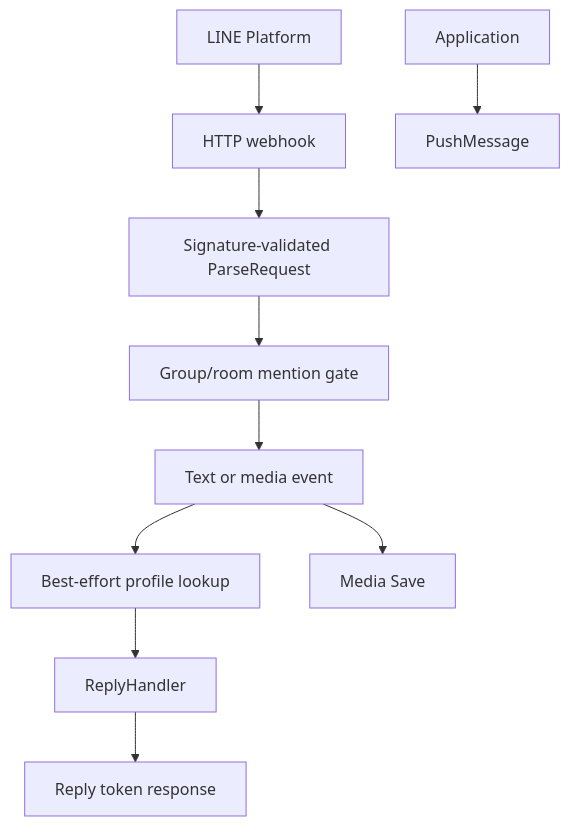
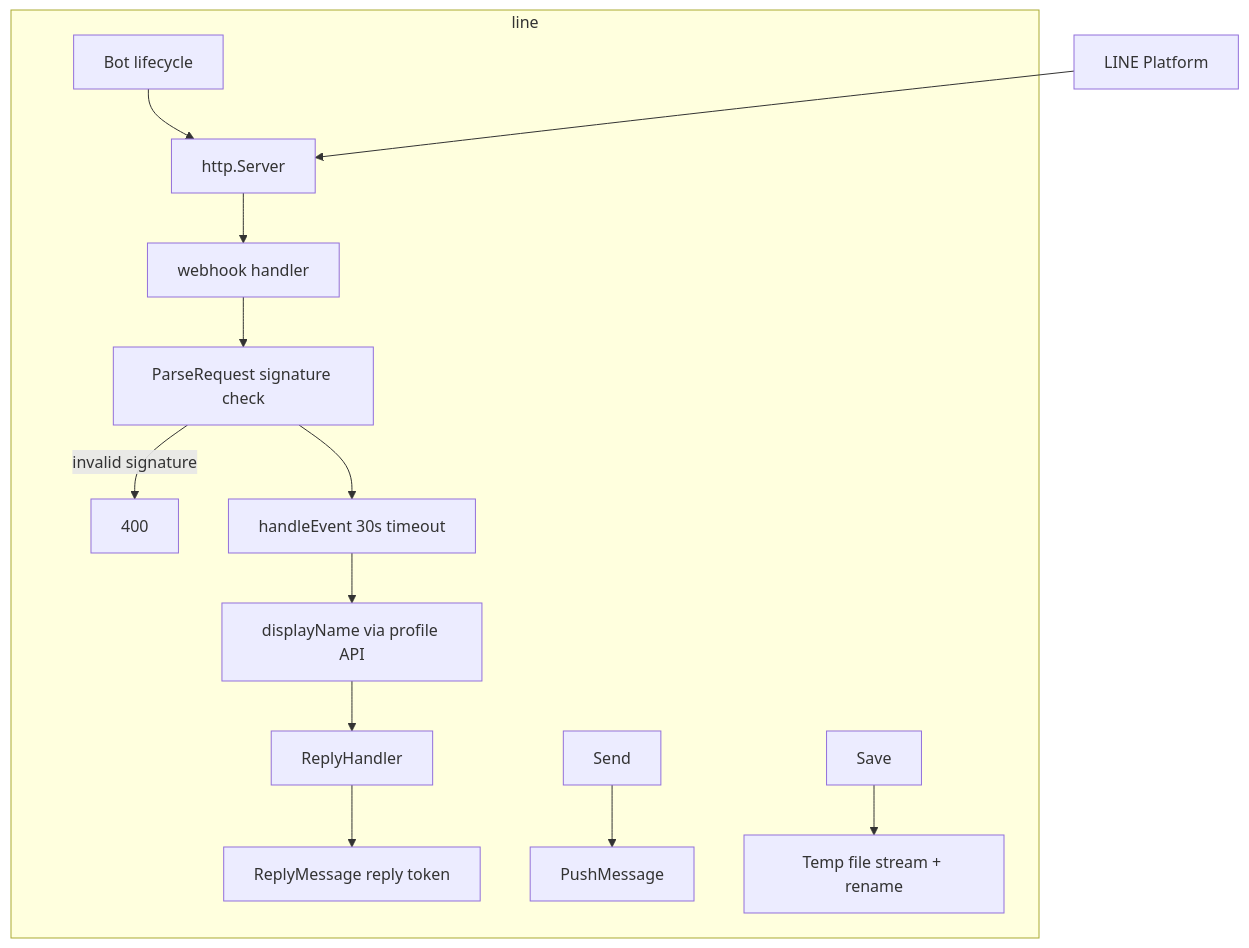
Before and after one commit to pardnchiu/go-bot: the fourth of 7 diagrams in doc/architecture.md, drawn with Mermaid. The commit also changed other lines of this file and 5 other files, not shown here.

````diff
--- a/doc/architecture.md
+++ b/doc/architecture.md
@@ -64,12 +76,16 @@
 ```mermaid
 graph TB
-    LINE[LINE Platform] --> Webhook[HTTP webhook]
-    Webhook --> Parse[Signature-validated ParseRequest]
-    Parse --> Gate[Group/room mention gate]
-    Gate --> Event[Text or media event]
-    Event --> Profile[Best-effort profile lookup]
-    Profile --> Handler[ReplyHandler]
-    Handler --> Reply[Reply token response]
-    App[Application] --> Push[PushMessage]
-    Event --> Save[Media Save]
+    subgraph line
+        Bot[Bot lifecycle] --> Server[http.Server]
+        Server --> Webhook[webhook handler]
+        Webhook --> Parse[ParseRequest signature check]
+        Parse -->|invalid signature| R400[400]
+        Parse --> Event[handleEvent 30s timeout]
+        Event --> Profile[displayName via profile API]
+        Profile --> Handler[ReplyHandler]
+        Handler --> Reply[ReplyMessage reply token]
+        Send[Send] --> Push[PushMessage]
+        Save[Save] --> Disk[Temp file stream + rename]
+    end
+    LINE[LINE Platform] --> Server
 ```
````
